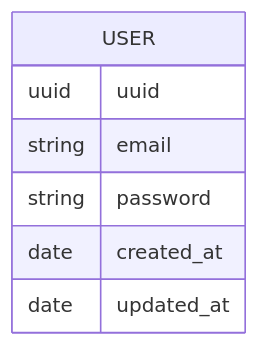
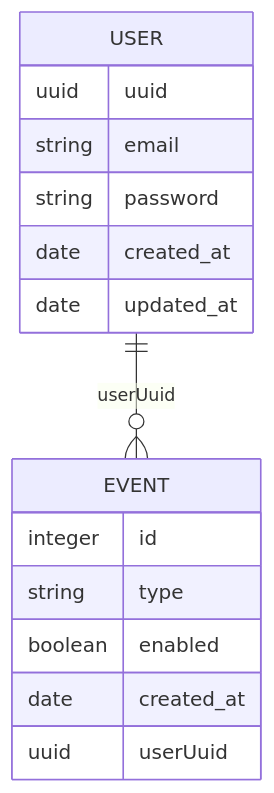
The diagram in packages/backend/svc-consents/README.md (nicolaspearson/granite), drawn with Mermaid before and after one commit. The commit also changed 16 other files, not shown here.

````diff
--- a/packages/backend/svc-consents/README.md
+++ b/packages/backend/svc-consents/README.md
@@ -45,10 +45,18 @@
 ```mermaid
 erDiagram
     USER {
         uuid uuid
         string email
         string password
         date created_at
         date updated_at
     }
+    USER ||--o{ EVENT : userUuid
+    EVENT {
+        integer id
+        string type
+        boolean enabled
+        date created_at
+        uuid userUuid
+    }
 ```
````
